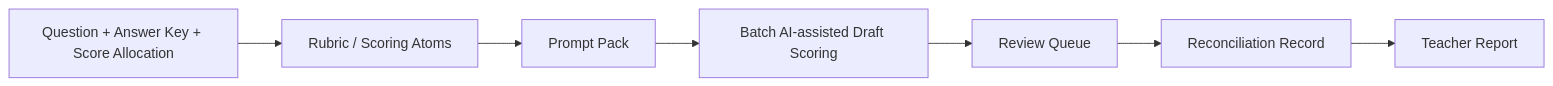
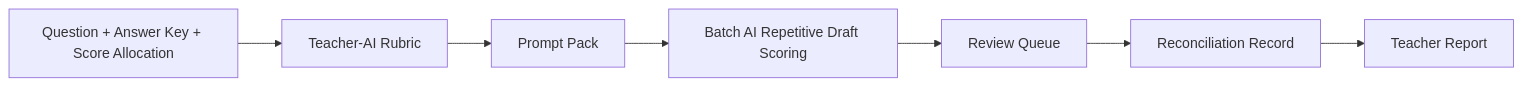
Before and after one commit to zonywei/Yuejuan-marking-workflow-skill: the second of 2 diagrams in README.md, drawn with Mermaid. The commit also changed other lines of this file and 6 other files, not shown here.

Commit message:
Reposition AI role as repetitive draft scoring

````diff
--- a/README.md
+++ b/README.md
@@ -382,9 +382,9 @@
 ```mermaid
 flowchart LR
-    A[Question + Answer Key + Score Allocation] --> B[Rubric / Scoring Atoms]
+    A[Question + Answer Key + Score Allocation] --> B[Teacher-AI Rubric]
     B --> C[Prompt Pack]
-    C --> D[Batch AI-assisted Draft Scoring]
+    C --> D[Batch AI Repetitive Draft Scoring]
     D --> E[Review Queue]
     E --> F[Reconciliation Record]
     F --> G[Teacher Report]
 ```
````
